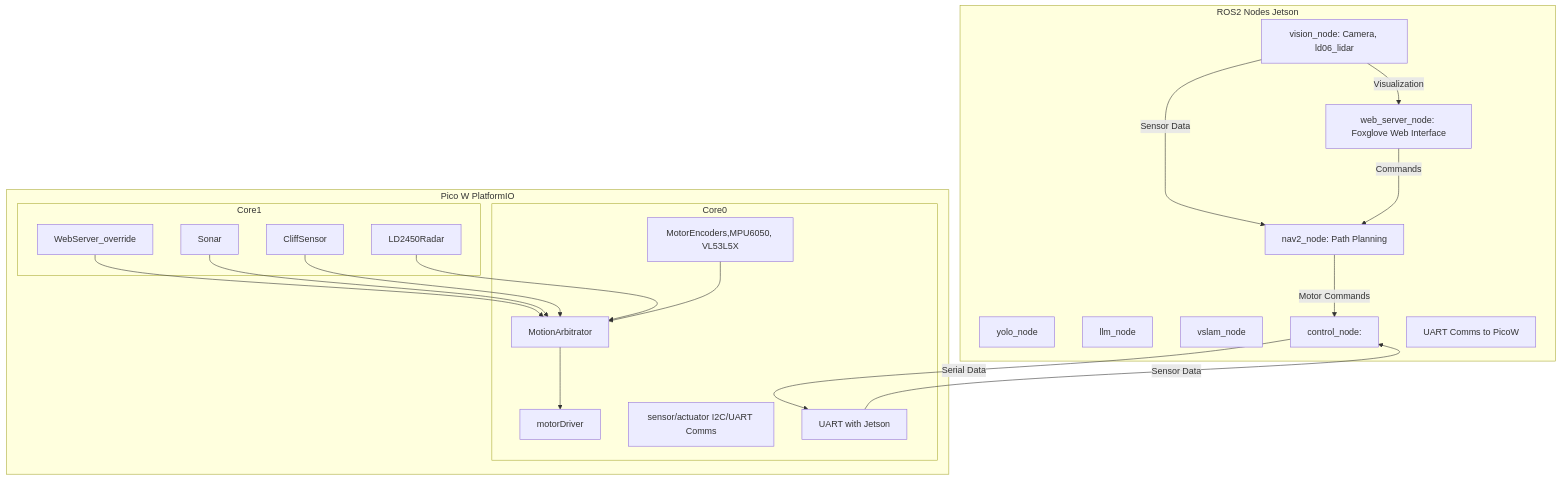
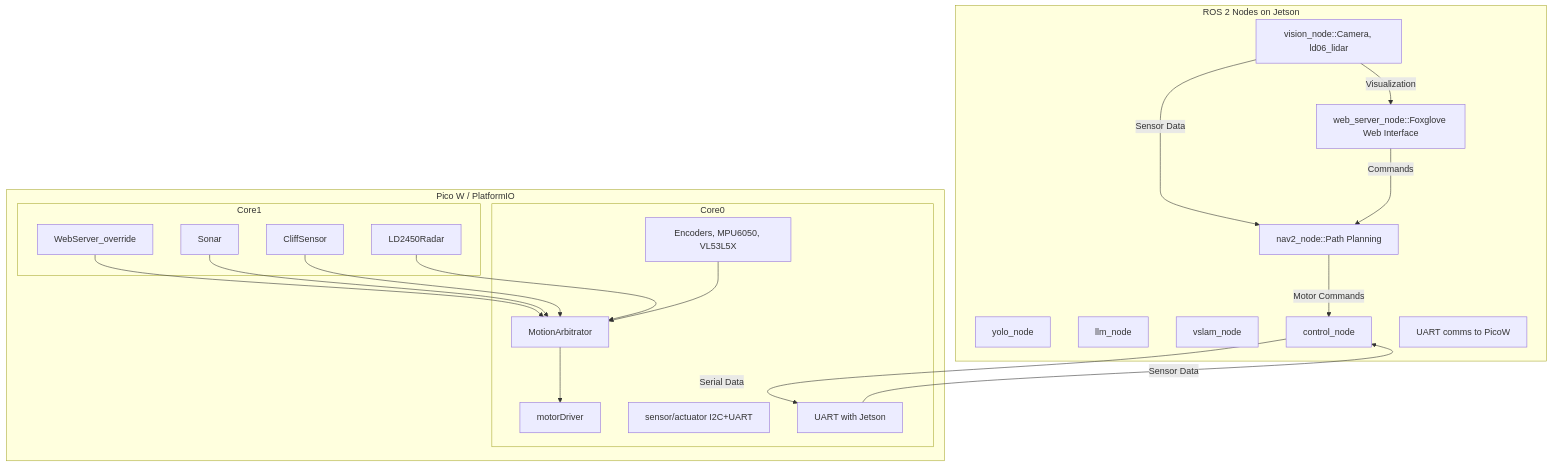
Before and after one commit to nota2104coda/Jetcar: the second of 3 diagrams in docs/architecture.md, drawn with Mermaid. The commit also changed other lines of this file and 2 other files, not shown here.

Commit message:
Updated architecture for nodes/topics. Still to update sw architecture. Also update hw_mcu_node and main.cpp to have all I2C messages passed

````diff
--- a/docs/architecture.md
+++ b/docs/architecture.md
@@ -22,42 +22,40 @@
 ```mermaid
 flowchart TD
-    subgraph ROS2Nodes[ROS2 Nodes Jetson]
-        Vision[vision_node: Camera, ld06_lidar]
+    subgraph ROS2Nodes[ROS 2 Nodes on Jetson]
+        Vision[vision_node::Camera, ld06_lidar]
         Recognition[yolo_node]
         LLM[llm_node]
         SLAM[vslam_node]
-        Navigation[nav2_node: Path Planning]
-        Control[control_node: ]
-        Comms[UART Comms to PicoW]
-        WebServer[web_server_node: Foxglove Web Interface]
+        Navigation[nav2_node::Path Planning]
+        Control[control_node]
+        Comms[UART comms to PicoW]
+        WebServer[web_server_node::Foxglove Web Interface]
     end
-    subgraph PicoW_Arduino[Pico W PlatformIO]
+    subgraph PicoW_Arduino[Pico W / PlatformIO]
         subgraph Core0
             MotionArbitrator
             PicoWMotors[motorDriver]
-            PicoWComms[sensor/actuator I2C/UART Comms]
+            PicoWComms[sensor/actuator I2C+UART]
             PicoWSerial[UART with Jetson]
-            PicoWSensors[MotorEncoders,MPU6050, VL53L5X]
-
+            PicoWSensors[Encoders, MPU6050, VL53L5X]
         end
         subgraph Core1
             WebServer_override
             Sonar
             CliffSensor
             LD2450Radar
         end
     end
     Vision -- Sensor Data --> Navigation
     Navigation -- Motor Commands --> Control
     Control -- Serial Data --> PicoWSerial
     PicoWSerial -- Sensor Data --> Control
     WebServer -- Commands --> Navigation
     Vision -- Visualization --> WebServer
     WebServer_override --> MotionArbitrator
     Sonar --> MotionArbitrator
     CliffSensor --> MotionArbitrator
     LD2450Radar --> MotionArbitrator
     PicoWSensors --> MotionArbitrator
     MotionArbitrator --> PicoWMotors
-
 ```
````
